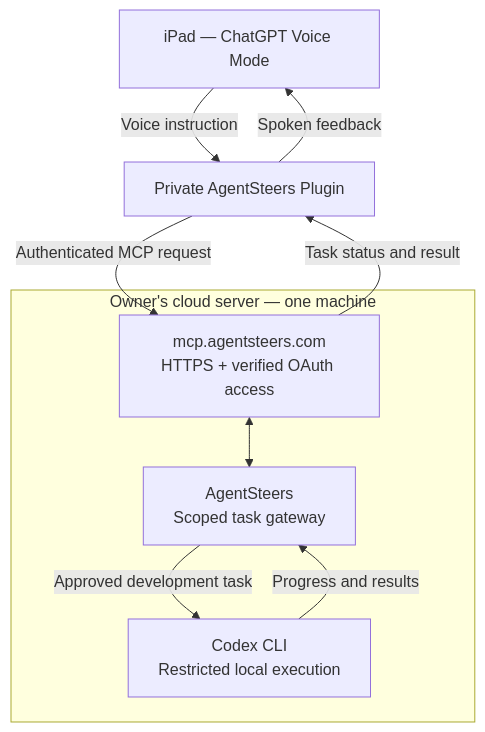
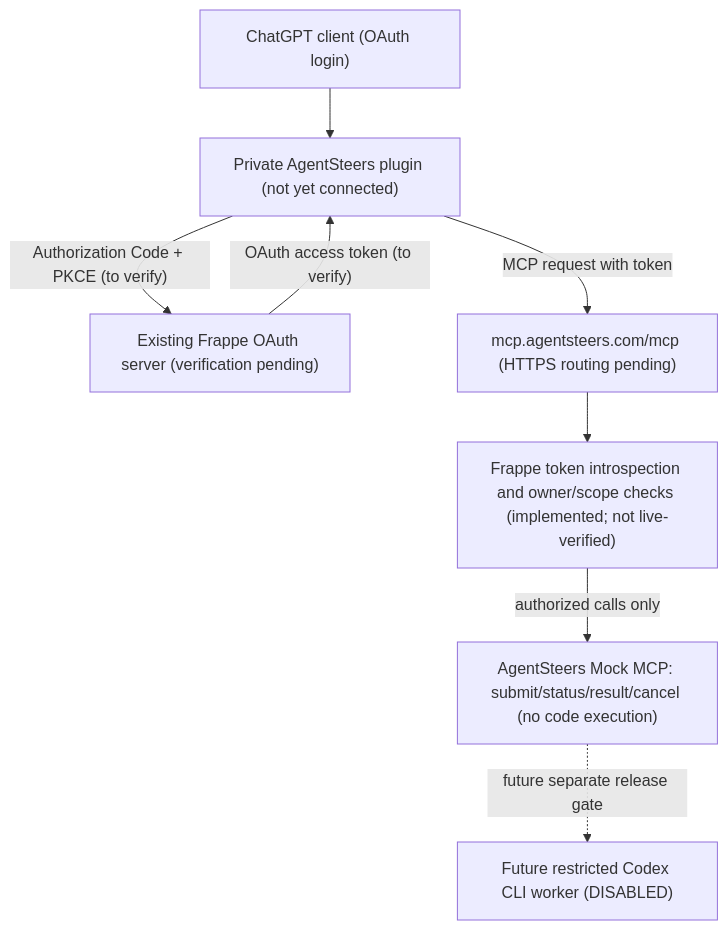
The diagram in README.md (scyllarusllc/agentsteers), drawn with Mermaid before and after one commit. The commit also changed other lines of this file, not shown here.

Commit message:
Update README architecture diagram to Frappe OAuth Mock MCP and document make mcp-auth

````diff
--- a/README.md
+++ b/README.md
@@ -122,17 +131,17 @@
 ```mermaid
 flowchart TD
-    V["iPad — ChatGPT Voice Mode"]
-    P["Private AgentSteers Plugin"]
-    subgraph HOST["Owner's cloud server — one machine"]
-        M["mcp.agentsteers.com<br/>HTTPS + verified OAuth access"]
-        A["AgentSteers<br/>Scoped task gateway"]
-        X["Codex CLI<br/>Restricted local execution"]
-        M <--> A
-        A -->|"Approved development task"| X
-        X -->|"Progress and results"| A
-    end
-    V -->|"Voice instruction"| P
-    P -->|"Authenticated MCP request"| M
-    M -->|"Task status and result"| P
-    P -->|"Spoken feedback"| V
+    C["ChatGPT client (OAuth login)"]
+    P["Private AgentSteers plugin (not yet connected)"]
+    F["Existing Frappe OAuth server (verification pending)"]
+    M["mcp.agentsteers.com/mcp (HTTPS routing pending)"]
+    G["Frappe token introspection and owner/scope checks (implemented; not live-verified)"]
+    T["AgentSteers Mock MCP: submit/status/result/cancel (no code execution)"]
+    X["Future restricted Codex CLI worker (DISABLED)"]
+    C --> P
+    P -->|"Authorization Code + PKCE (to verify)"| F
+    F -->|"OAuth access token (to verify)"| P
+    P -->|"MCP request with token"| M
+    M --> G
+    G -->|"authorized calls only"| T
+    T -.->|"future separate release gate"| X
 ```
````
